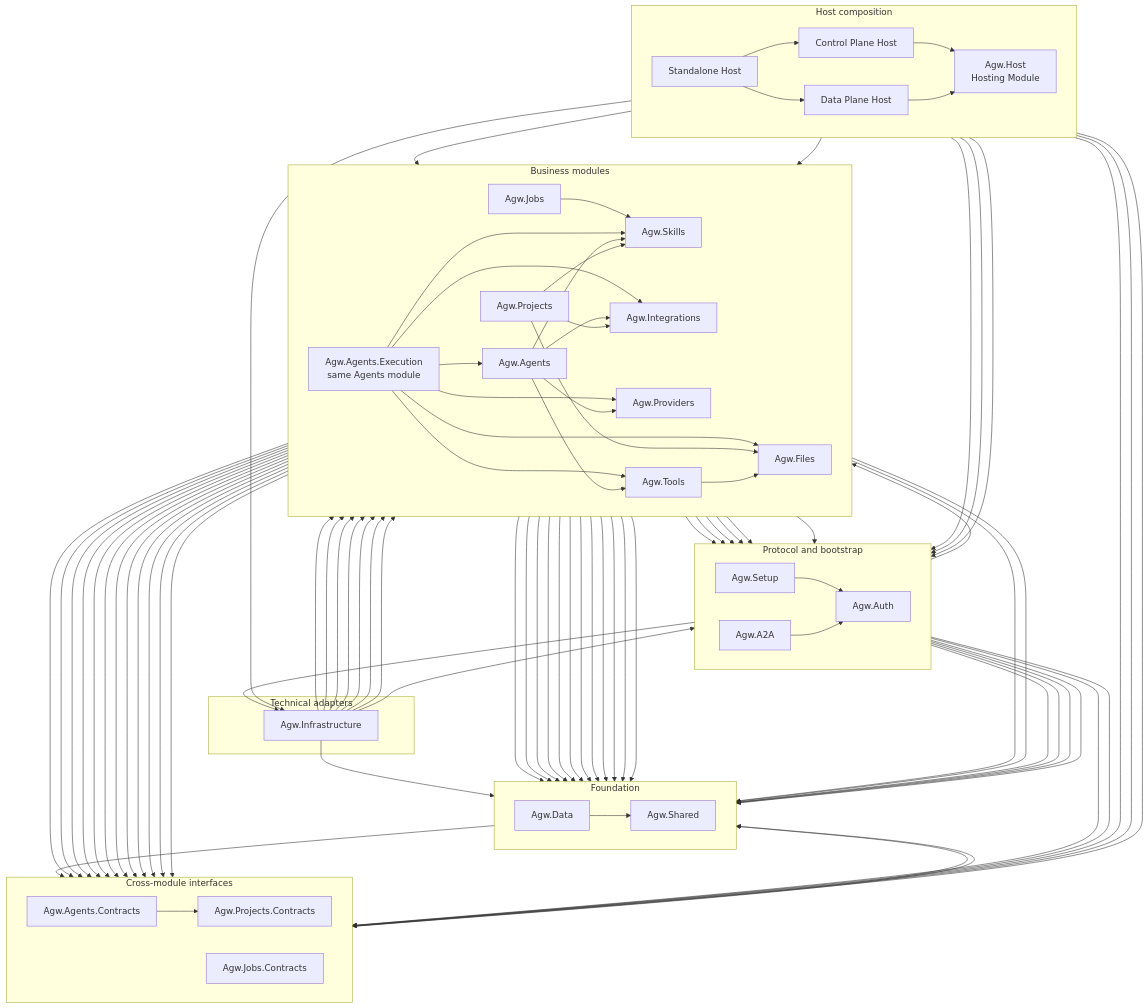
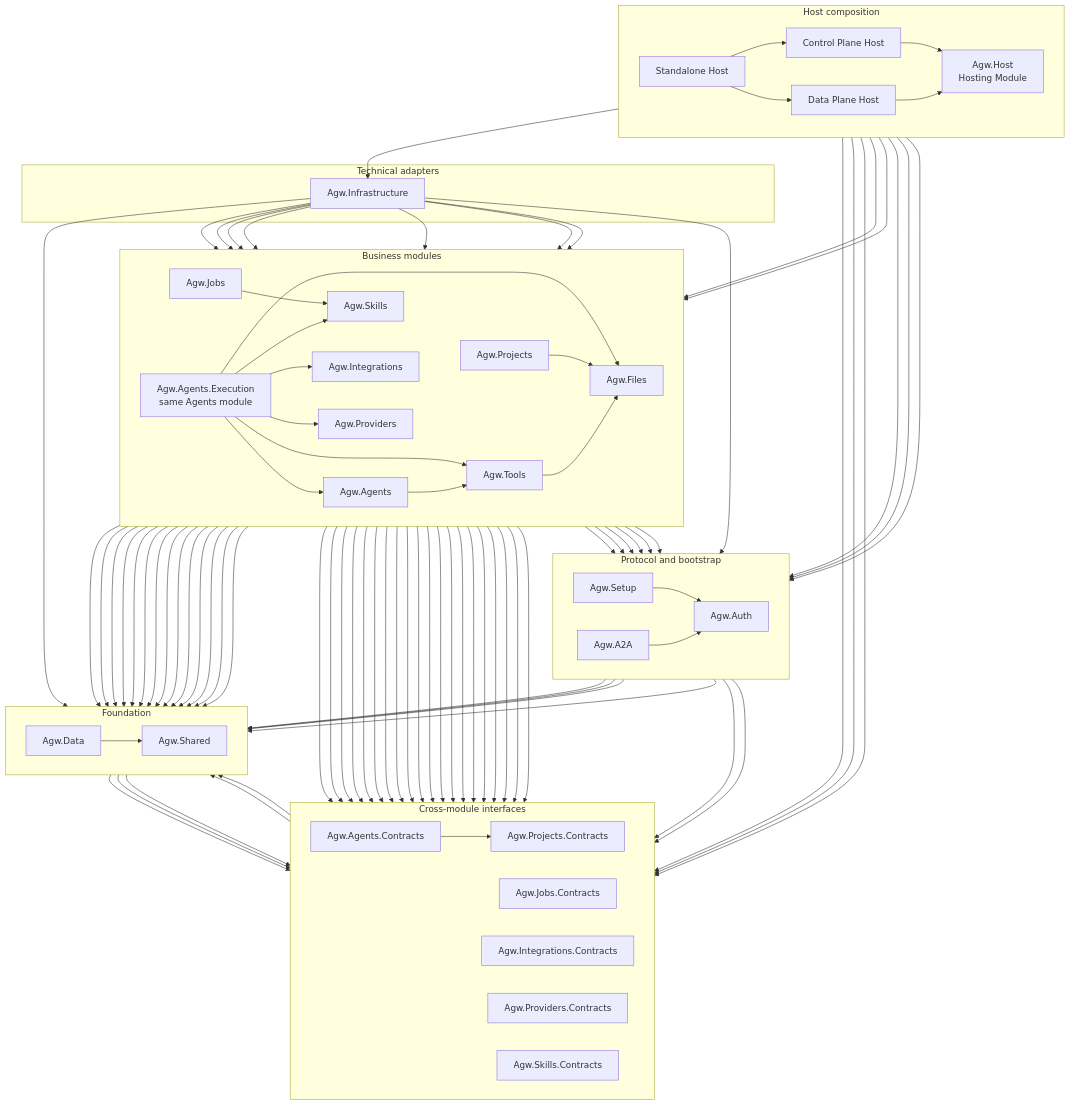
Before and after one commit to zxyao145/agw: the diagram in docs/2.Architecture.md, drawn with Mermaid. The commit also changed 43 other files, not shown here.

````diff
--- a/docs/2.Architecture.md
+++ b/docs/2.Architecture.md
@@ -103,6 +103,9 @@
         AGENT_CONTRACTS["Agw.Agents.Contracts"]
         PROJECT_CONTRACTS["Agw.Projects.Contracts"]
         JOB_CONTRACTS["Agw.Jobs.Contracts"]
+        INTEGRATION_CONTRACTS["Agw.Integrations.Contracts"]
+        PROVIDER_CONTRACTS["Agw.Providers.Contracts"]
+        SKILL_CONTRACTS["Agw.Skills.Contracts"]
     end
 
     subgraph Foundation["Foundation"]
@@ -126,9 +129,7 @@
     HOST --> A2A
 
     SETUP --> AUTH
-    SETUP --> INFRA
     SETUP --> SHARED
-    SETUP --> SKILLS
 
     A2A --> AGENT_CONTRACTS
     A2A --> PROJECT_CONTRACTS
@@ -146,6 +147,7 @@
     INFRA --> TOOLS
 
     SKILLS --> AGENT_CONTRACTS
+    SKILLS --> SKILL_CONTRACTS
     SKILLS --> SHARED
     SKILLS --> DATA
     JOBS --> AGENT_CONTRACTS
@@ -170,19 +172,19 @@
 
     AGENTS --> AUTH
     AGENTS --> AGENT_CONTRACTS
-    AGENTS --> INTEGRATIONS
-    AGENTS --> PROVIDERS
+    AGENTS --> INTEGRATION_CONTRACTS
+    AGENTS --> PROVIDER_CONTRACTS
+    AGENTS --> SKILL_CONTRACTS
     AGENTS --> TOOLS
     AGENTS --> SHARED
-    AGENTS --> SKILLS
     AGENTS --> PROJECT_CONTRACTS
     AGENTS --> DATA
 
     PROJECTS --> AGENT_CONTRACTS
     PROJECTS --> PROJECT_CONTRACTS
     PROJECTS --> FILES
-    PROJECTS --> INTEGRATIONS
-    PROJECTS --> SKILLS
+    PROJECTS --> INTEGRATION_CONTRACTS
+    PROJECTS --> SKILL_CONTRACTS
     PROJECTS --> AUTH
     PROJECTS --> SHARED
     PROJECTS --> DATA
@@ -191,11 +193,13 @@
 
     AUTH --> SHARED
     AUTH --> DATA
+    INTEGRATIONS --> INTEGRATION_CONTRACTS
     INTEGRATIONS --> PROJECT_CONTRACTS
     INTEGRATIONS --> AUTH
     INTEGRATIONS --> SHARED
     INTEGRATIONS --> DATA
     PROVIDERS --> AGENT_CONTRACTS
+    PROVIDERS --> PROVIDER_CONTRACTS
     PROVIDERS --> SHARED
     PROVIDERS --> DATA
 
@@ -206,5 +210,7 @@
     %% Layout only: keep the foundation below the business modules.
     FILES ~~~ SHARED
     DATA --> AGENT_CONTRACTS
+    DATA --> PROVIDER_CONTRACTS
+    DATA --> SKILL_CONTRACTS
     DATA --> SHARED
 ```
````
